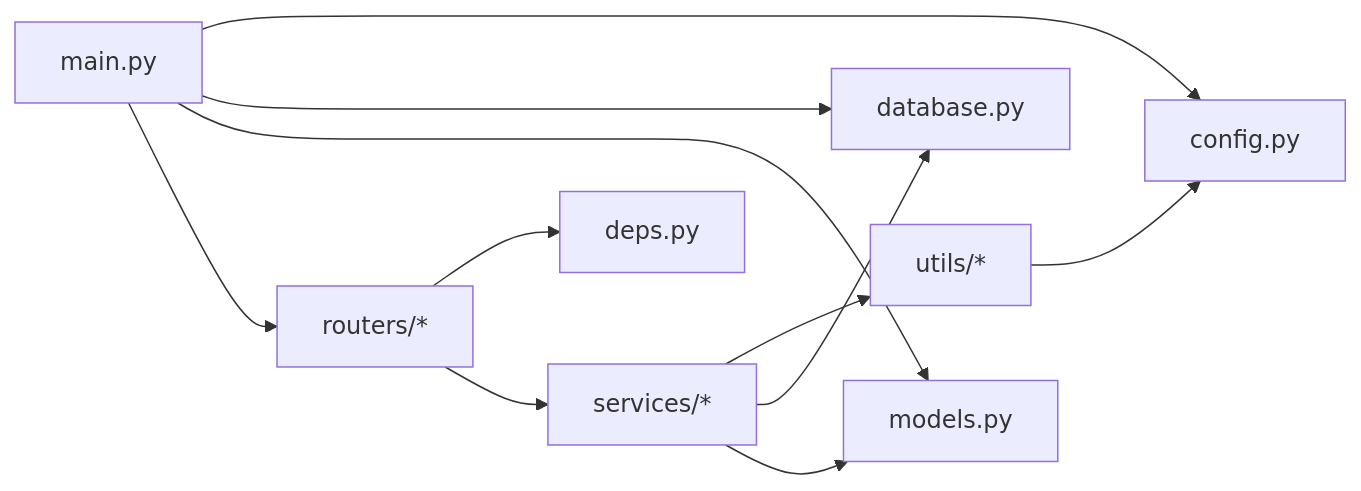
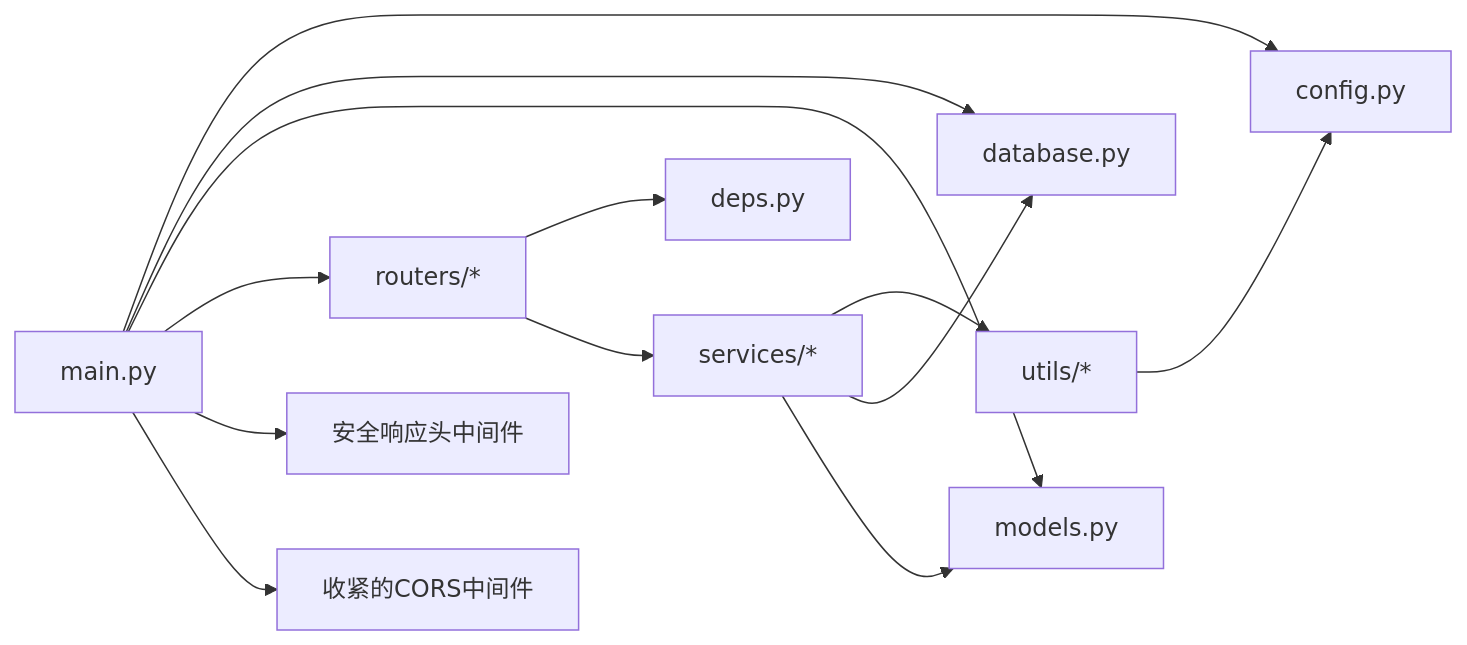
One commit to onebody/homework changed the seventh of 7 diagrams in .qoder/repowiki/zh/content/暑假作业打卡系统/后端服务架构/FastAPI应用核心.md. Above: the diagram before and after it, drawn with Mermaid. The commit also changed other lines of this file and 14 other files, not shown here.

````diff
--- a/.qoder/repowiki/zh/content/暑假作业打卡系统/后端服务架构/FastAPI应用核心.md
+++ b/.qoder/repowiki/zh/content/暑假作业打卡系统/后端服务架构/FastAPI应用核心.md
@@ -468,13 +498,15 @@
 ```mermaid
 graph LR
 Main["main.py"] --> Config["config.py"]
 Main --> DB["database.py"]
 Main --> Models["models.py"]
 Main --> Routers["routers/*"]
 Routers --> Deps["deps.py"]
 Routers --> Services["services/*"]
 Services --> Utils["utils/*"]
 Services --> DB
 Services --> Models
 Utils --> Config
+Main --> SecurityHeaders["安全响应头中间件"]
+Main --> TightCORS["收紧的CORS中间件"]
 ```
````
